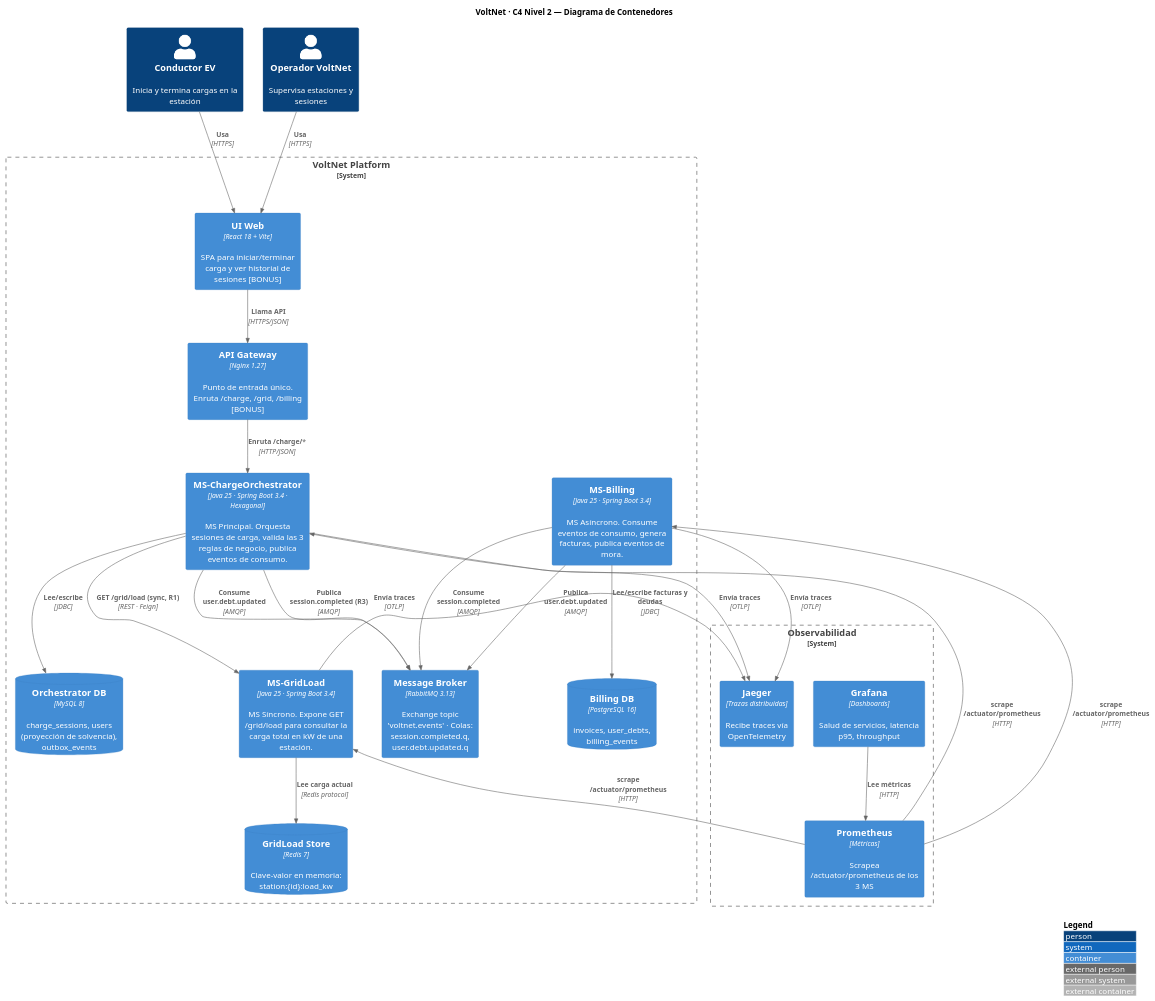
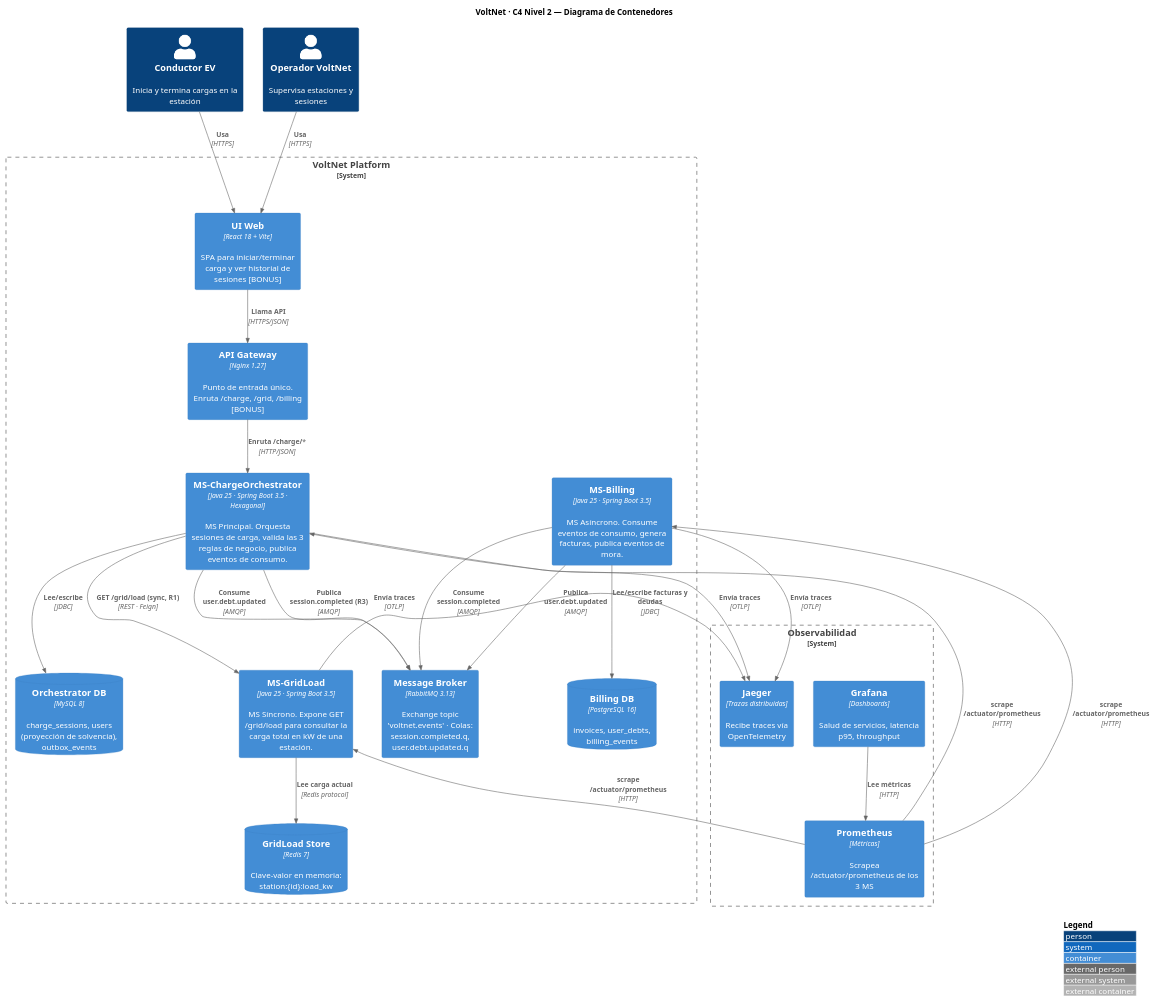
Before and after one commit to SebasMedina22/arquitectura-2-voltnet: the diagram in docs/diagrams/c4/c4-l2-containers.puml, drawn with PlantUML. The commit also changed 55 other files, not shown here.

```diff
--- a/docs/diagrams/c4/c4-l2-containers.puml
+++ b/docs/diagrams/c4/c4-l2-containers.puml
@@ -1,65 +1,65 @@
 @startuml VoltNet - C4 Nivel 2 - Contenedores
 !include https://raw.githubusercontent.com/plantuml-stdlib/C4-PlantUML/master/C4_Container.puml
 
 title VoltNet · C4 Nivel 2 — Diagrama de Contenedores
 
 LAYOUT_WITH_LEGEND()
 LAYOUT_TOP_DOWN()
 
 Person(driver, "Conductor EV", "Inicia y termina cargas en la estación")
 Person(operator, "Operador VoltNet", "Supervisa estaciones y sesiones")
 
 System_Boundary(voltnet, "VoltNet Platform") {
 
   Container(ui, "UI Web", "React 18 + Vite", "SPA para iniciar/terminar carga y ver historial de sesiones [BONUS]")
 
   Container(gateway, "API Gateway", "Nginx 1.27", "Punto de entrada único. Enruta /charge, /grid, /billing [BONUS]")
 
-  Container(orchestrator, "MS-ChargeOrchestrator", "Java 25 · Spring Boot 3.4 · Hexagonal", "MS Principal. Orquesta sesiones de carga, valida las 3 reglas de negocio, publica eventos de consumo.")
+  Container(orchestrator, "MS-ChargeOrchestrator", "Java 25 · Spring Boot 3.5 · Hexagonal", "MS Principal. Orquesta sesiones de carga, valida las 3 reglas de negocio, publica eventos de consumo.")
   ContainerDb(orch_db, "Orchestrator DB", "MySQL 8", "charge_sessions, users (proyección de solvencia), outbox_events")
 
-  Container(gridload, "MS-GridLoad", "Java 25 · Spring Boot 3.4", "MS Síncrono. Expone GET /grid/load para consultar la carga total en kW de una estación.")
+  Container(gridload, "MS-GridLoad", "Java 25 · Spring Boot 3.5", "MS Síncrono. Expone GET /grid/load para consultar la carga total en kW de una estación.")
   ContainerDb(grid_db, "GridLoad Store", "Redis 7", "Clave-valor en memoria: station:{id}:load_kw")
 
-  Container(billing, "MS-Billing", "Java 25 · Spring Boot 3.4", "MS Asíncrono. Consume eventos de consumo, genera facturas, publica eventos de mora.")
+  Container(billing, "MS-Billing", "Java 25 · Spring Boot 3.5", "MS Asíncrono. Consume eventos de consumo, genera facturas, publica eventos de mora.")
   ContainerDb(billing_db, "Billing DB", "PostgreSQL 16", "invoices, user_debts, billing_events")
 
   Container(broker, "Message Broker", "RabbitMQ 3.13", "Exchange topic 'voltnet.events' · Colas: session.completed.q, user.debt.updated.q")
 }
 
 System_Boundary(observability, "Observabilidad") {
   Container(prometheus, "Prometheus", "Métricas", "Scrapea /actuator/prometheus de los 3 MS")
   Container(grafana, "Grafana", "Dashboards", "Salud de servicios, latencia p95, throughput")
   Container(jaeger, "Jaeger", "Trazas distribuidas", "Recibe traces vía OpenTelemetry")
 }
 
 ' --- Relaciones de usuario ---
 Rel(driver, ui, "Usa", "HTTPS")
 Rel(operator, ui, "Usa", "HTTPS")
 Rel(ui, gateway, "Llama API", "HTTPS/JSON")
 Rel(gateway, orchestrator, "Enruta /charge/*", "HTTP/JSON")
 
 ' --- MS Principal a sus dependencias ---
 Rel(orchestrator, orch_db, "Lee/escribe", "JDBC")
 Rel(orchestrator, gridload, "GET /grid/load (sync, R1)", "REST · Feign")
 Rel(orchestrator, broker, "Publica session.completed (R3)", "AMQP")
 Rel(orchestrator, broker, "Consume user.debt.updated", "AMQP")
 
 ' --- MS Sync ---
 Rel(gridload, grid_db, "Lee carga actual", "Redis protocol")
 
 ' --- MS Async ---
 Rel(billing, broker, "Consume session.completed", "AMQP")
 Rel(billing, broker, "Publica user.debt.updated", "AMQP")
 Rel(billing, billing_db, "Lee/escribe facturas y deudas", "JDBC")
 
 ' --- Observabilidad ---
 Rel(prometheus, orchestrator, "scrape /actuator/prometheus", "HTTP")
 Rel(prometheus, gridload, "scrape /actuator/prometheus", "HTTP")
 Rel(prometheus, billing, "scrape /actuator/prometheus", "HTTP")
 Rel(grafana, prometheus, "Lee métricas", "HTTP")
 Rel(orchestrator, jaeger, "Envía traces", "OTLP")
 Rel(gridload, jaeger, "Envía traces", "OTLP")
 Rel(billing, jaeger, "Envía traces", "OTLP")
 
 @enduml
```
